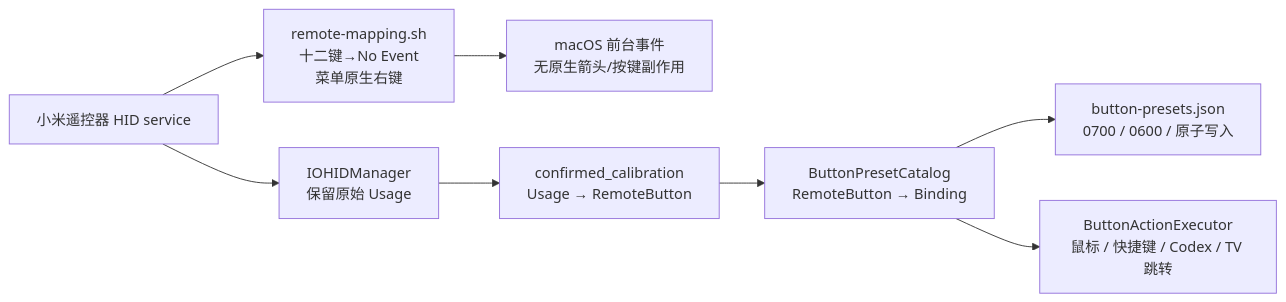
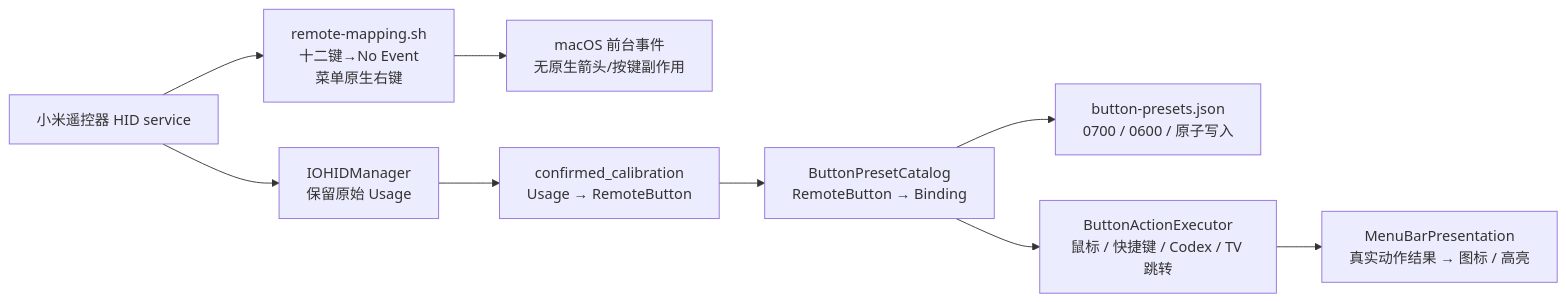
The diagram in docs/ARCHITECTURE.md (fanxeon/mi-ao), drawn with Mermaid before and after one commit. The commit also changed other lines of this file and 71 other files, not shown here.

````diff
--- a/docs/ARCHITECTURE.md
+++ b/docs/ARCHITECTURE.md
@@ -21,10 +21,11 @@
 ```mermaid
 flowchart LR
     REMOTE["小米遥控器 HID service"] --> HID["IOHIDManager<br/>保留原始 Usage"]
     REMOTE --> NEUTRAL["remote-mapping.sh<br/>十二键→No Event<br/>菜单原生右键"]
     NEUTRAL --> MACOS["macOS 前台事件<br/>无原生箭头/按键副作用"]
     HID --> CAL["confirmed_calibration<br/>Usage → RemoteButton"]
     CAL --> PRESET["ButtonPresetCatalog<br/>RemoteButton → Binding"]
     PRESET --> STORE["button-presets.json<br/>0700 / 0600 / 原子写入"]
     PRESET --> EXECUTOR["ButtonActionExecutor<br/>鼠标 / 快捷键 / Codex / TV 跳转"]
+    EXECUTOR --> FEEDBACK["MenuBarPresentation<br/>真实动作结果 → 图标 / 高亮"]
 ```
````
